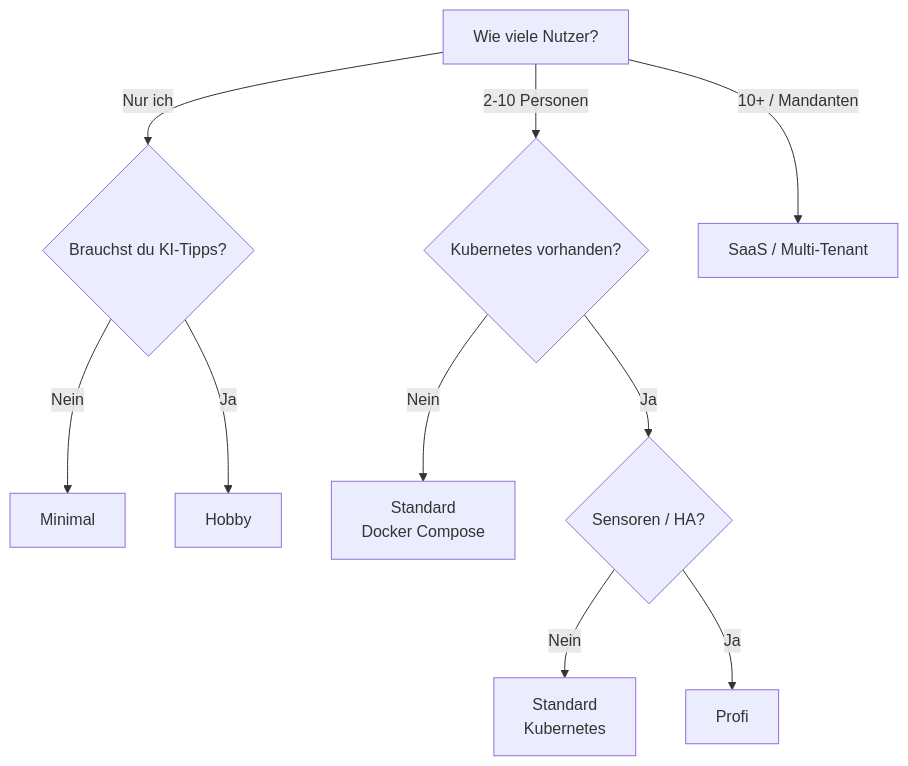
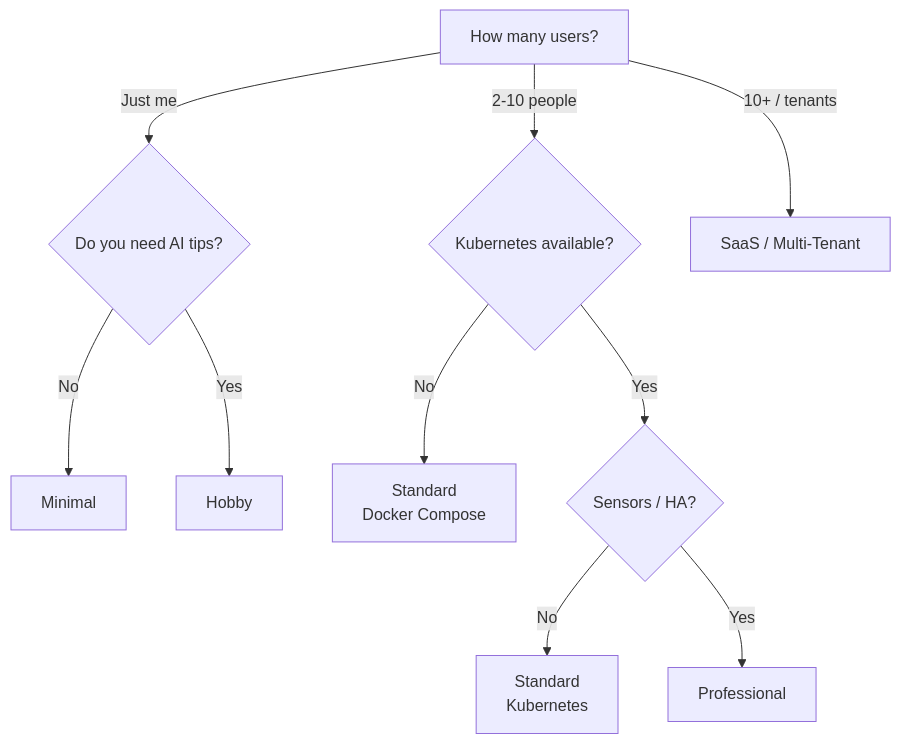
The diagram in docs/de/deployment/betriebsprofile.md (nolte/kamerplanter), drawn with Mermaid before and after one commit. The commit also changed other lines of this file and 44 other files, not shown here.

First line of the commit message:
docs: make all Mermaid diagrams spec-compliant (repo-wide sweep)

````diff
--- a/docs/de/deployment/betriebsprofile.md
+++ b/docs/de/deployment/betriebsprofile.md
@@ -429,15 +430,15 @@
 ```mermaid
 flowchart TD
-    A[Wie viele Nutzer?] -->|Nur ich| B{Brauchst du KI-Tipps?}
-    A -->|2-10 Personen| D{Kubernetes vorhanden?}
-    A -->|10+ / Mandanten| G[SaaS / Multi-Tenant]
+    A[How many users?] -->|Just me| B{Do you need AI tips?}
+    A -->|2-10 people| D{Kubernetes available?}
+    A -->|10+ / tenants| G[SaaS / Multi-Tenant]
 
-    B -->|Nein| C[Minimal]
-    B -->|Ja| E[Hobby]
+    B -->|No| C[Minimal]
+    B -->|Yes| E[Hobby]
 
-    D -->|Nein| F[Standard\nDocker Compose]
-    D -->|Ja| H{Sensoren / HA?}
+    D -->|No| F[Standard<br/>Docker Compose]
+    D -->|Yes| H{Sensors / HA?}
 
-    H -->|Nein| F2[Standard\nKubernetes]
-    H -->|Ja| I[Profi]
+    H -->|No| F2[Standard<br/>Kubernetes]
+    H -->|Yes| I[Professional]
 ```
````
